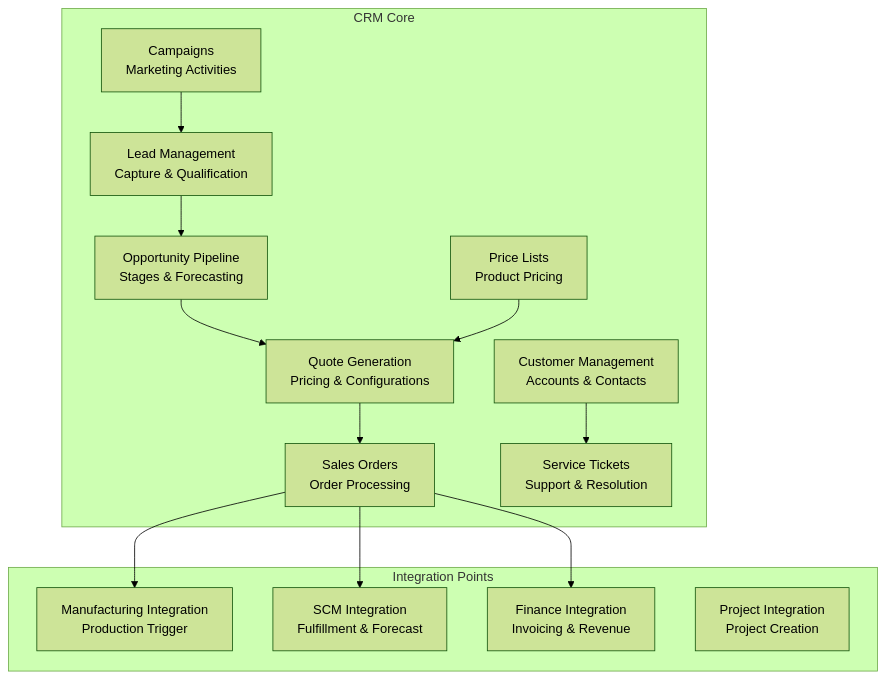
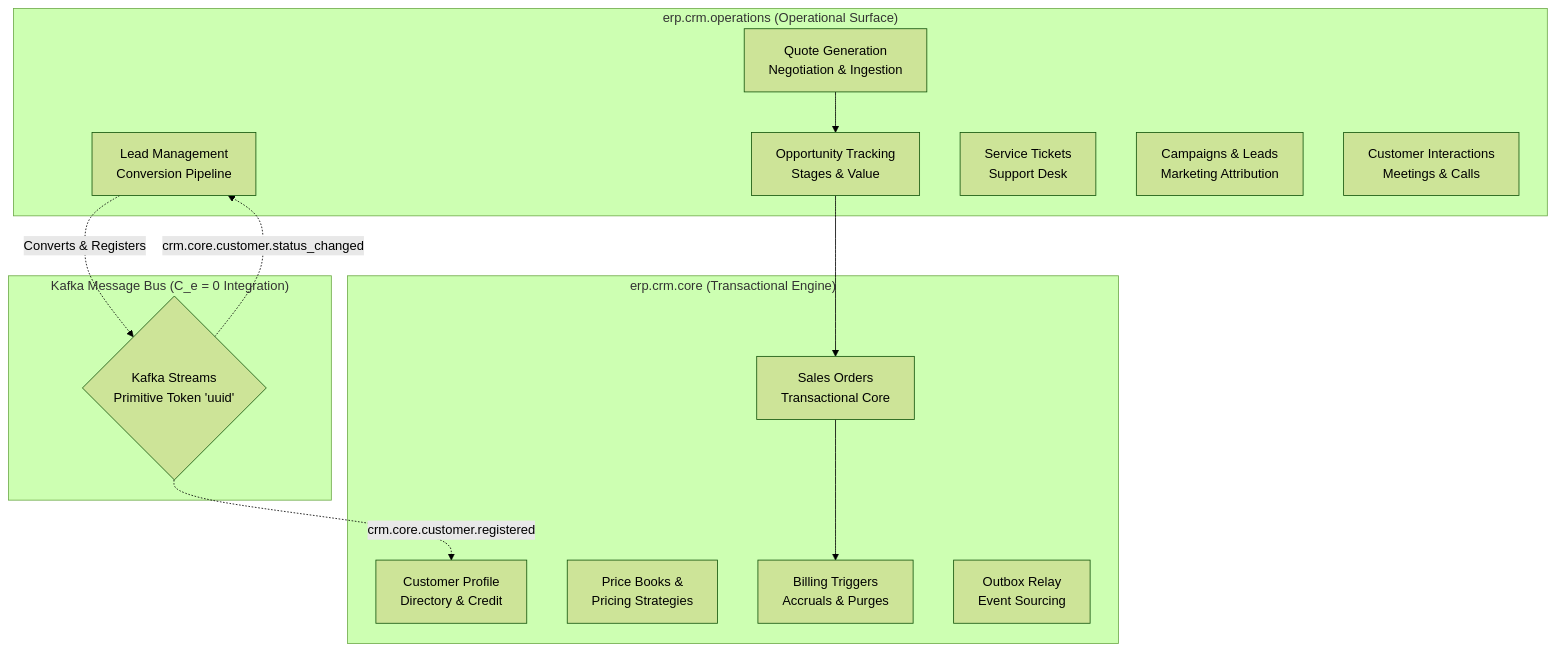
The first of 2 diagrams in documentation/modules/customer-relationship-management/README.md (barbarnyarnyar/erp-system), drawn with Mermaid (forest theme) before and after one commit. The commit also changed other lines of this file and 15 other files, not shown here.

Commit message:
feat(crm): split CRM domain into core and operations packages, update generated Go models, and align architecture documentation

````diff
--- a/documentation/modules/customer-relationship-management/README.md
+++ b/documentation/modules/customer-relationship-management/README.md
@@ -7,30 +12,30 @@
 ```mermaid
 graph TB
-    subgraph "CRM Core"
-        CUST[Customer Management<br/>Accounts & Contacts]
-        LEAD[Lead Management<br/>Capture & Qualification]
-        OPP[Opportunity Pipeline<br/>Stages & Forecasting]
-        QUOTE[Quote Generation<br/>Pricing & Configurations]
-        SO[Sales Orders<br/>Order Processing]
-        TICKET[Service Tickets<br/>Support & Resolution]
-        CAMP[Campaigns<br/>Marketing Activities]
-        PRICE[Price Lists<br/>Product Pricing]
+    subgraph "erp.crm.core (Transactional Engine)"
+        CUST[Customer Profile<br/>Directory & Credit]
+        PRICE[Price Books &<br/>Pricing Strategies]
+        SO[Sales Orders<br/>Transactional Core]
+        BILL[Billing Triggers<br/>Accruals & Purges]
+        OUTBOX[Outbox Relay<br/>Event Sourcing]
     end
 
-    subgraph "Integration Points"
-        MFG_INT[Manufacturing Integration<br/>Production Trigger]
-        SCM_INT[SCM Integration<br/>Fulfillment & Forecast]
-        FM_INT[Finance Integration<br/>Invoicing & Revenue]
-        PM_INT[Project Integration<br/>Project Creation]
+    subgraph "erp.crm.operations (Operational Surface)"
+        LEAD[Lead Management<br/>Conversion Pipeline]
+        OPP[Opportunity Tracking<br/>Stages & Value]
+        QUOTE[Quote Generation<br/>Negotiation & Ingestion]
+        TICKET[Service Tickets<br/>Support Desk]
+        CAMP[Campaigns & Leads<br/>Marketing Attribution]
+        INTERACT[Customer Interactions<br/>Meetings & Calls]
     end
 
-    LEAD --> OPP
-    OPP --> QUOTE
-    QUOTE --> SO
-    SO --> MFG_INT
-    SO --> SCM_INT
-    SO --> FM_INT
-    CUST --> TICKET
-    CAMP --> LEAD
-    PRICE --> QUOTE
+    subgraph "Kafka Message Bus (C_e = 0 Integration)"
+        KAFKA{Kafka Streams<br/>Primitive Token 'uuid'}
+    end
+
+    LEAD -.->|Converts & Registers| KAFKA
+    KAFKA -.->|crm.core.customer.registered| CUST
+    KAFKA -.->|crm.core.customer.status_changed| LEAD
+    QUOTE --> OPP
+    OPP --> SO
+    SO --> BILL
 ```
````
